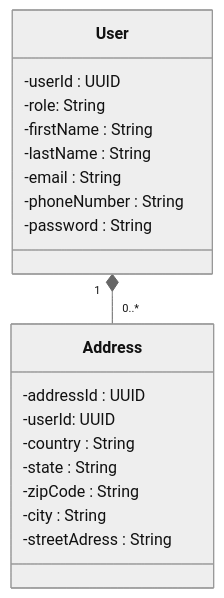
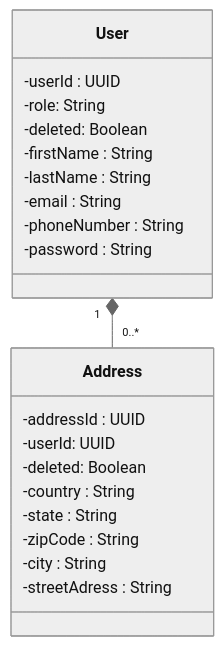
Before and after one commit to fruzsina-banyai/webshop: the third of 6 diagrams in documentation/user_management_service/user_management_service.md, drawn with Mermaid (neutral theme). The commit also changed other lines of this file and 1 other file, not shown here.

````diff
--- a/documentation/user_management_service/user_management_service.md
+++ b/documentation/user_management_service/user_management_service.md
@@ -21,23 +21,25 @@
 ```mermaid
 classDiagram
     User "1" *-- "0..*" Address
     class User {
         -userId : UUID
         -role: String
+        -deleted: Boolean
         -firstName : String
         -lastName : String
         -email : String
         -phoneNumber : String
         -password : String
     }
     class Address {
         -addressId : UUID
         -userId: UUID
+        -deleted: Boolean
         -country : String
         -state : String
         -zipCode : String
         -city : String
         -streetAdress : String     
     }
 
 ```
````
